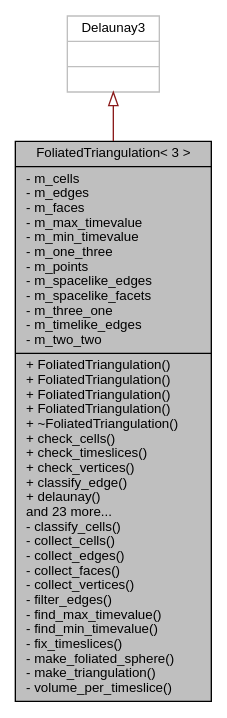
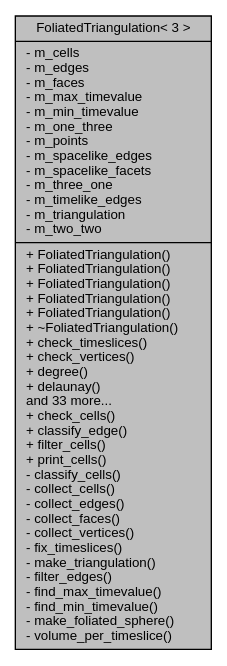
The diagram in class_foliated_triangulation_3_013_01_4__coll__graph.dot (acgetchell/CDT-plusplus), drawn with Graphviz before and after one commit. The commit also changed 263 other files, not shown here.

```diff
--- a/class_foliated_triangulation_3_013_01_4__coll__graph.dot
+++ b/class_foliated_triangulation_3_013_01_4__coll__graph.dot
@@ -1,9 +1,7 @@
 digraph "FoliatedTriangulation&lt; 3 &gt;"
 {
  // LATEX_PDF_SIZE
   edge [fontname="Helvetica",fontsize="10",labelfontname="Helvetica",labelfontsize="10"];
   node [fontname="Helvetica",fontsize="10",shape=record];
-  Node1 [label="{FoliatedTriangulation\< 3 \>\n|- m_cells\l- m_edges\l- m_faces\l- m_max_timevalue\l- m_min_timevalue\l- m_one_three\l- m_points\l- m_spacelike_edges\l- m_spacelike_facets\l- m_three_one\l- m_timelike_edges\l- m_two_two\l|+ FoliatedTriangulation()\l+ FoliatedTriangulation()\l+ FoliatedTriangulation()\l+ FoliatedTriangulation()\l+ ~FoliatedTriangulation()\l+ check_cells()\l+ check_timeslices()\l+ check_vertices()\l+ classify_edge()\l+ delaunay()\land 23 more...\l- classify_cells()\l- collect_cells()\l- collect_edges()\l- collect_faces()\l- collect_vertices()\l- filter_edges()\l- find_max_timevalue()\l- find_min_timevalue()\l- fix_timeslices()\l- make_foliated_sphere()\l- make_triangulation()\l- volume_per_timeslice()\l}",height=0.2,width=0.4,color="black", fillcolor="grey75", style="filled", fontcolor="black",tooltip="3D Triangulation"];
-  Node2 -> Node1 [dir="back",color="firebrick4",fontsize="10",style="solid",arrowtail="onormal",fontname="Helvetica"];
-  Node2 [label="{Delaunay3\n||}",height=0.2,width=0.4,color="grey75", fillcolor="white", style="filled",tooltip=" "];
+  Node1 [label="{FoliatedTriangulation\< 3 \>\n|- m_cells\l- m_edges\l- m_faces\l- m_max_timevalue\l- m_min_timevalue\l- m_one_three\l- m_points\l- m_spacelike_edges\l- m_spacelike_facets\l- m_three_one\l- m_timelike_edges\l- m_triangulation\l- m_two_two\l|+ FoliatedTriangulation()\l+ FoliatedTriangulation()\l+ FoliatedTriangulation()\l+ FoliatedTriangulation()\l+ FoliatedTriangulation()\l+ ~FoliatedTriangulation()\l+ check_timeslices()\l+ check_vertices()\l+ degree()\l+ delaunay()\land 33 more...\l+ check_cells()\l+ classify_edge()\l+ filter_cells()\l+ print_cells()\l- classify_cells()\l- collect_cells()\l- collect_edges()\l- collect_faces()\l- collect_vertices()\l- fix_timeslices()\l- make_triangulation()\l- filter_edges()\l- find_max_timevalue()\l- find_min_timevalue()\l- make_foliated_sphere()\l- volume_per_timeslice()\l}",height=0.2,width=0.4,color="black", fillcolor="grey75", style="filled", fontcolor="black",tooltip="3D Triangulation"];
 }
```
